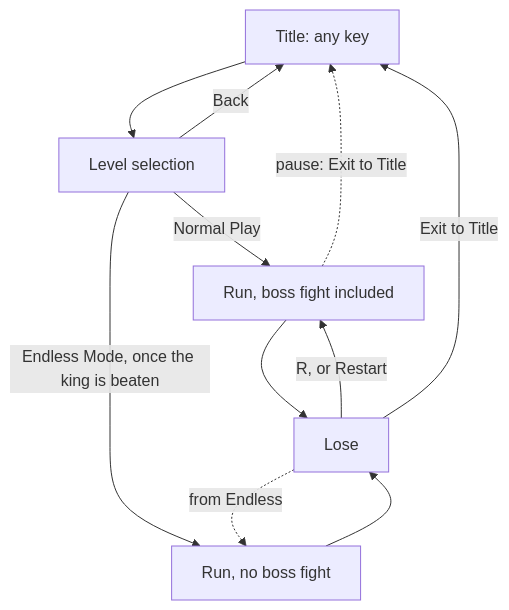
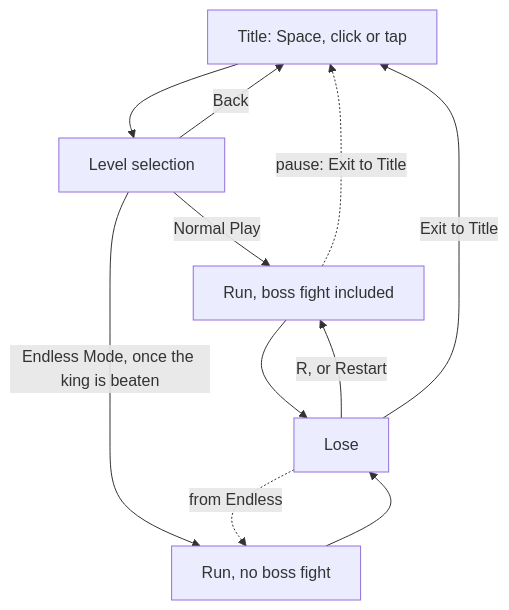
One commit to CSCI-526/Team4-Lu_Lu changed the second of 2 diagrams in docs/gameplay-loop-doc.md. Above: the diagram before and after it, drawn with Mermaid. The commit also changed 2 other files, not shown here.

Commit message:
record the touch path in TDD and CONTEXT
virtual gamepad design, StartPress, control style rules, pause button and
touch controls layering; stale any-key wording fixed

📖`monkobra-tdd.md` Control Style section, input and UI rows, title start
📖`gameplay-loop-doc.md` title start wording
🤖`CONTEXT.md` rows for TouchControlsPanel, PauseButton, title, UI root

````diff
--- a/docs/gameplay-loop-doc.md
+++ b/docs/gameplay-loop-doc.md
@@ -72,13 +72,13 @@
 ```mermaid
 graph TD
-  Title[Title: any key] --> Select[Level selection]
+  Title[Title: Space, click or tap] --> Select[Level selection]
   Select -->|Normal Play| Run[Run, boss fight included]
   Select -->|Endless Mode, once the king is beaten| Endless[Run, no boss fight]
   Select -->|Back| Title
   Run --> Lose[Lose]
   Endless --> Lose
   Lose -->|R, or Restart| Run
   Lose -->|Exit to Title| Title
   Run -.->|pause: Exit to Title| Title
   Lose -.->|from Endless| Endless
 ```
````
